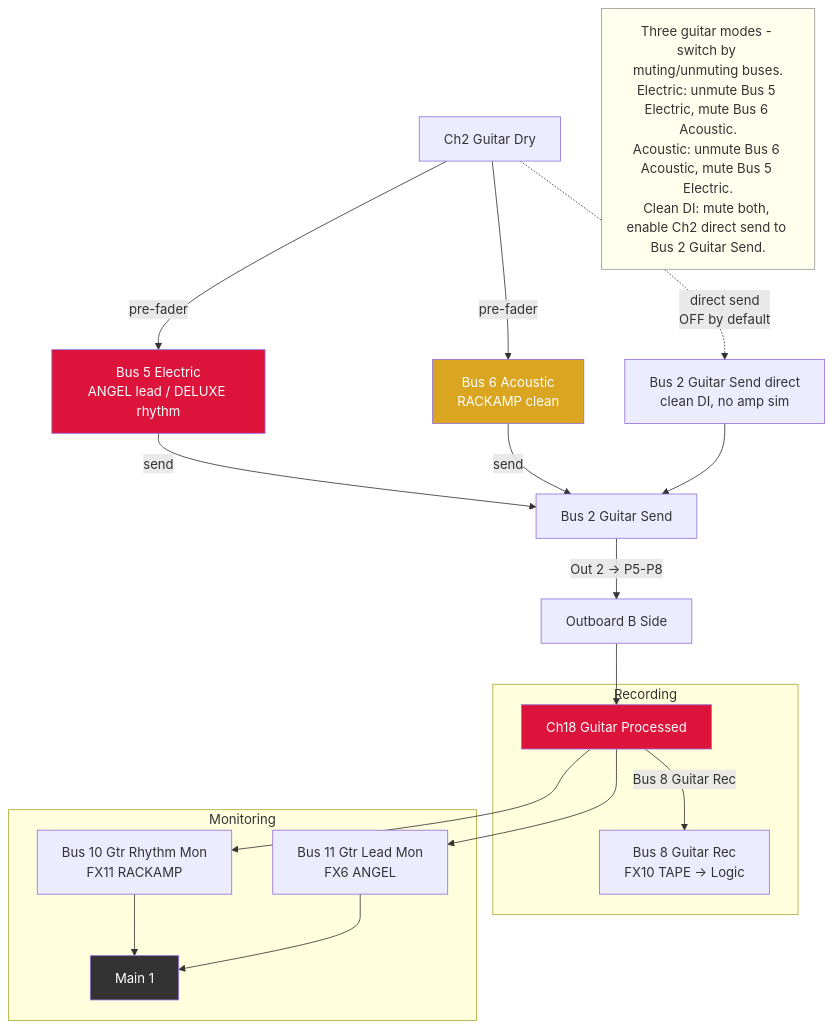
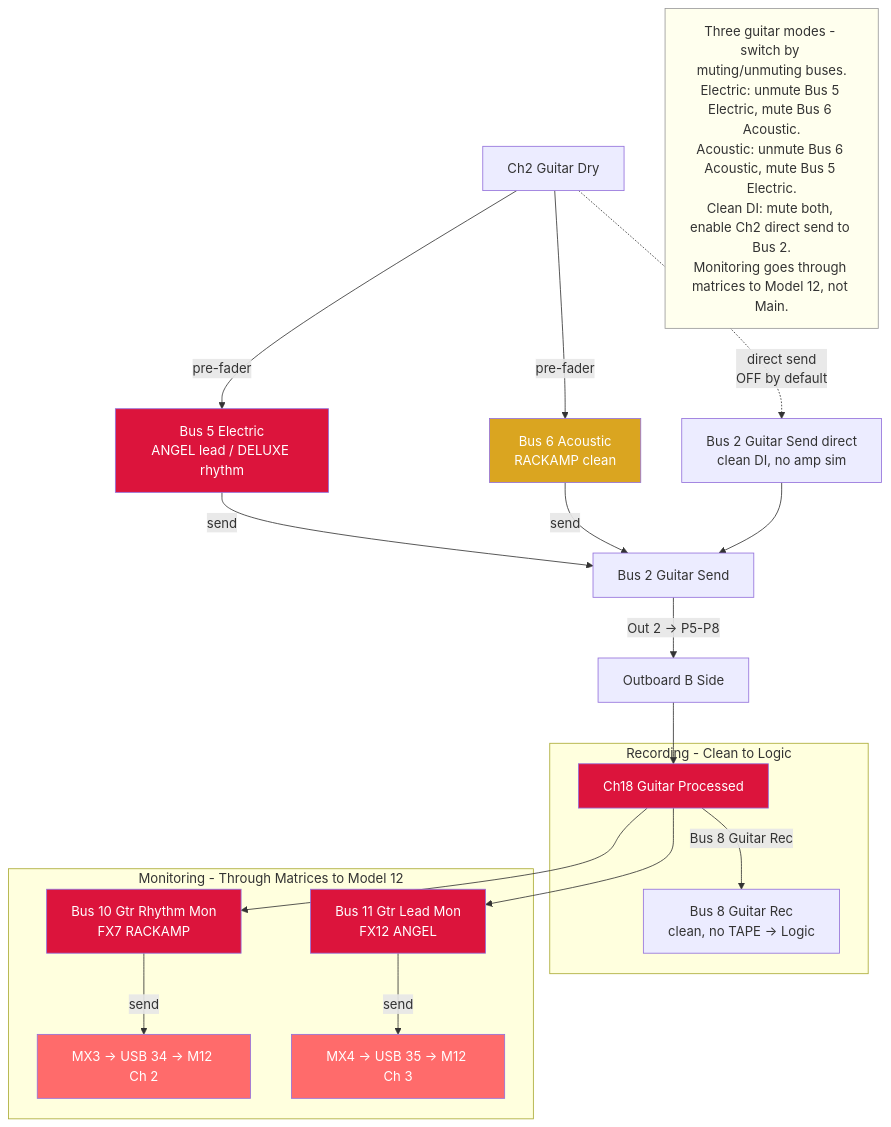
Diagram 12 of 21 in docs/diagrams.md (ldenman/studio-setup), drawn with Mermaid before and after one commit. The commit also changed other lines of this file and 1 other file, not shown here.

First line of the commit message:
Update all diagrams for mix matrices and tape aux loop

````diff
--- a/docs/diagrams.md
+++ b/docs/diagrams.md
@@ -384,34 +530,36 @@
 ```mermaid
 graph TD
     CH2[Ch2 Guitar Dry] -->|pre-fader| BUS5[Bus 5 Electric<br/>ANGEL lead / DELUXE rhythm]
     CH2 -->|pre-fader| BUS6[Bus 6 Acoustic<br/>RACKAMP clean]
     CH2 -.->|direct send<br/>OFF by default| BUS2_DIRECT[Bus 2 Guitar Send direct<br/>clean DI, no amp sim]
 
     BUS5 -->|send| BUS2[Bus 2 Guitar Send]
     BUS6 -->|send| BUS2
     BUS2_DIRECT --> BUS2
 
     BUS2 -->|Out 2 → P5-P8| OUTBOARD[Outboard B Side]
 
     OUTBOARD --> CH18[Ch18 Guitar Processed]
 
-    CH18 --> BUS10[Bus 10 Gtr Rhythm Mon<br/>FX11 RACKAMP]
-    CH18 --> BUS11[Bus 11 Gtr Lead Mon<br/>FX6 ANGEL]
-
-    subgraph Recording
-        CH18 -->|Bus 8 Guitar Rec| REC[Bus 8 Guitar Rec<br/>FX10 TAPE → Logic]
+    subgraph Recording - Clean to Logic
+        CH18 -->|Bus 8 Guitar Rec| REC[Bus 8 Guitar Rec<br/>clean, no TAPE → Logic]
     end
 
-    subgraph Monitoring
-        BUS10 --> MAIN[Main 1]
-        BUS11 --> MAIN
+    subgraph Monitoring - Through Matrices to Model 12
+        CH18 --> BUS10[Bus 10 Gtr Rhythm Mon<br/>FX7 RACKAMP]
+        CH18 --> BUS11[Bus 11 Gtr Lead Mon<br/>FX12 ANGEL]
+        BUS10 -->|send| MX3[MX3 → USB 34 → M12 Ch 2]
+        BUS11 -->|send| MX4[MX4 → USB 35 → M12 Ch 3]
     end
 
-    NOTE[Three guitar modes - switch by muting/unmuting buses.<br/>Electric: unmute Bus 5 Electric, mute Bus 6 Acoustic.<br/>Acoustic: unmute Bus 6 Acoustic, mute Bus 5 Electric.<br/>Clean DI: mute both, enable Ch2 direct send to Bus 2 Guitar Send.]
+    NOTE[Three guitar modes - switch by muting/unmuting buses.<br/>Electric: unmute Bus 5 Electric, mute Bus 6 Acoustic.<br/>Acoustic: unmute Bus 6 Acoustic, mute Bus 5 Electric.<br/>Clean DI: mute both, enable Ch2 direct send to Bus 2.<br/>Monitoring goes through matrices to Model 12, not Main.]
 
     style BUS5 fill:#DC143C,color:#fff
     style BUS6 fill:#DAA520,color:#fff
     style CH18 fill:#DC143C,color:#fff
-    style MAIN fill:#333,color:#fff
+    style BUS10 fill:#DC143C,color:#fff
+    style BUS11 fill:#DC143C,color:#fff
+    style MX3 fill:#FF6B6B,color:#fff
+    style MX4 fill:#FF6B6B,color:#fff
     style NOTE fill:#ffe,stroke:#999
 ```
````
